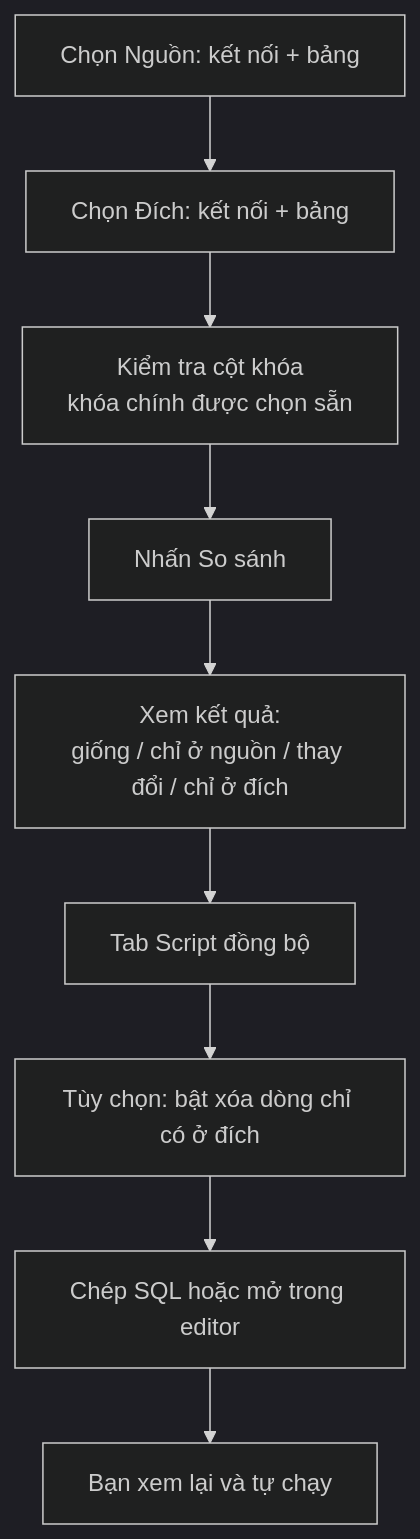
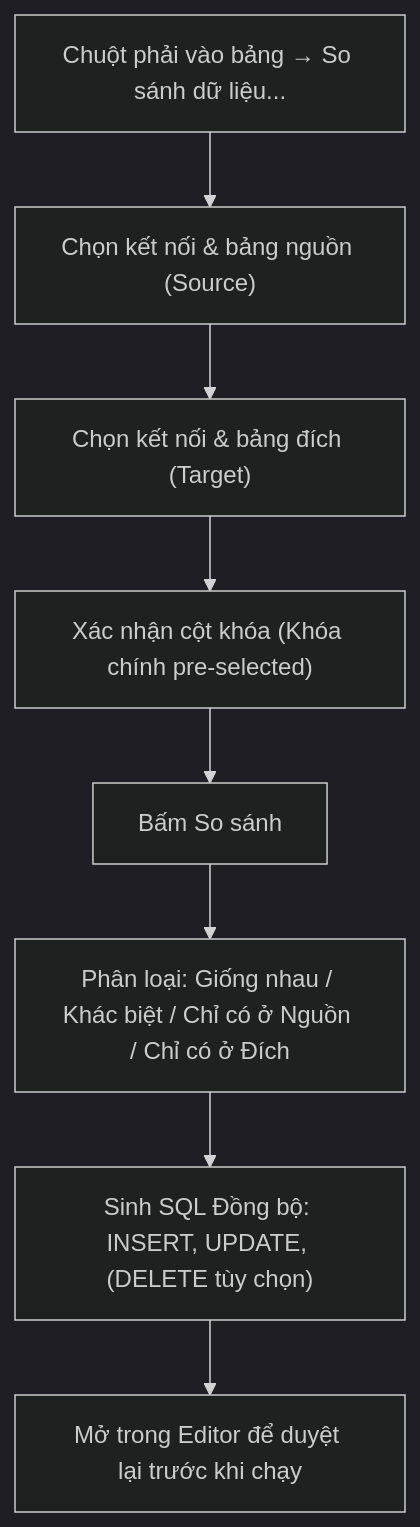
Before and after one commit to bakaryuu1997-sys/Tabularis: the sixth of 6 diagrams in HUONG_DAN_SU_DUNG.md, drawn with Mermaid (dark theme). The commit also changed other lines of this file and 1 other file, not shown here.

````diff
--- a/HUONG_DAN_SU_DUNG.md
+++ b/HUONG_DAN_SU_DUNG.md
@@ -290,11 +238,10 @@
 ```mermaid
 flowchart TD
-  A[Chọn Nguồn: kết nối + bảng] --> B[Chọn Đích: kết nối + bảng]
-  B --> C[Kiểm tra cột khóa<br/>khóa chính được chọn sẵn]
-  C --> D[Nhấn So sánh]
-  D --> E[Xem kết quả:<br/>giống / chỉ ở nguồn / thay đổi / chỉ ở đích]
-  E --> F[Tab Script đồng bộ]
-  F --> G[Tùy chọn: bật xóa dòng chỉ có ở đích]
-  G --> H[Chép SQL hoặc mở trong editor]
-  H --> I[Bạn xem lại và tự chạy]
+  A["Chuột phải vào bảng → So sánh dữ liệu..."] --> B["Chọn kết nối & bảng nguồn (Source)"]
+  B --> C["Chọn kết nối & bảng đích (Target)"]
+  C --> D["Xác nhận cột khóa (Khóa chính pre-selected)"]
+  D --> E["Bấm So sánh"]
+  E --> F["Phân loại: Giống nhau / Khác biệt / Chỉ có ở Nguồn / Chỉ có ở Đích"]
+  F --> G["Sinh SQL Đồng bộ: INSERT, UPDATE, (DELETE tùy chọn)"]
+  G --> H["Mở trong Editor để duyệt lại trước khi chạy"]
 ```
````
